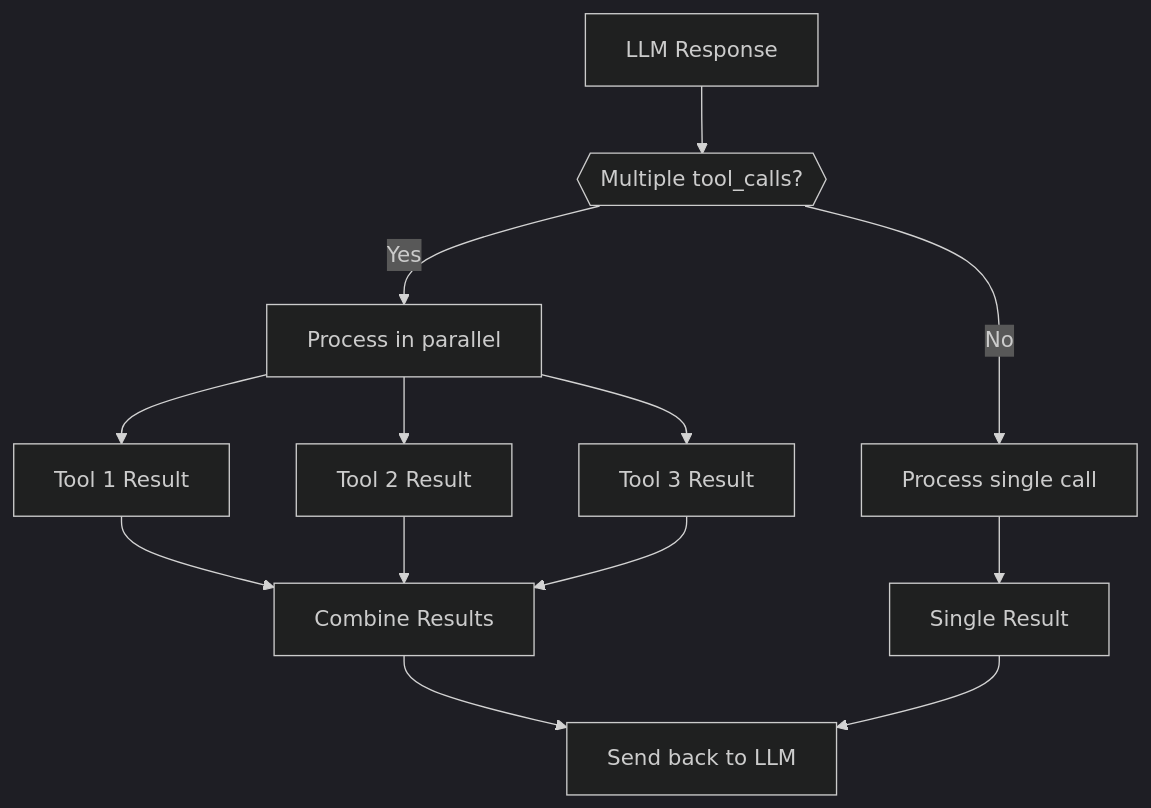
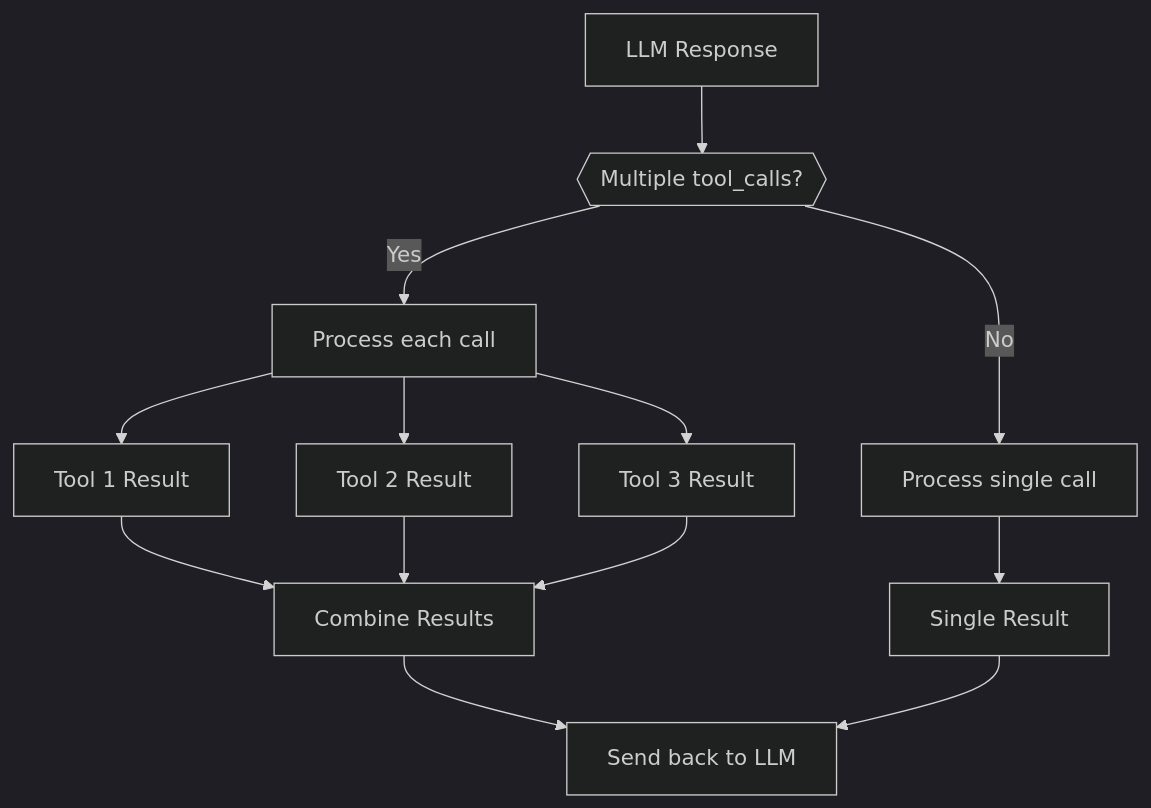
Before and after one commit to akshkr/akashnotes: the first of 2 diagrams in Phase_2_RAG_and_Tool_Calling/Day_031_tool_execution_handling_part2/tool_execution_handling_part2.md, drawn with Mermaid (dark theme). The commit also changed other lines of this file and 95 other files, not shown here.

````diff
--- a/Phase_2_RAG_and_Tool_Calling/Day_031_tool_execution_handling_part2/tool_execution_handling_part2.md
+++ b/Phase_2_RAG_and_Tool_Calling/Day_031_tool_execution_handling_part2/tool_execution_handling_part2.md
@@ -44,19 +46,19 @@
 ```mermaid
 flowchart TB
     A["LLM Response"] --> B{{"Multiple tool_calls?"}}
-    B -->|Yes| C["Process in parallel"]
+    B -->|Yes| C["Process each call"]
     B -->|No| D["Process single call"]
 
     C --> E["Tool 1 Result"]
     C --> F["Tool 2 Result"]
     C --> G["Tool 3 Result"]
 
     E --> H["Combine Results"]
     F --> H
     G --> H
 
     D --> I["Single Result"]
 
     H --> J["Send back to LLM"]
     I --> J
 ```
````
